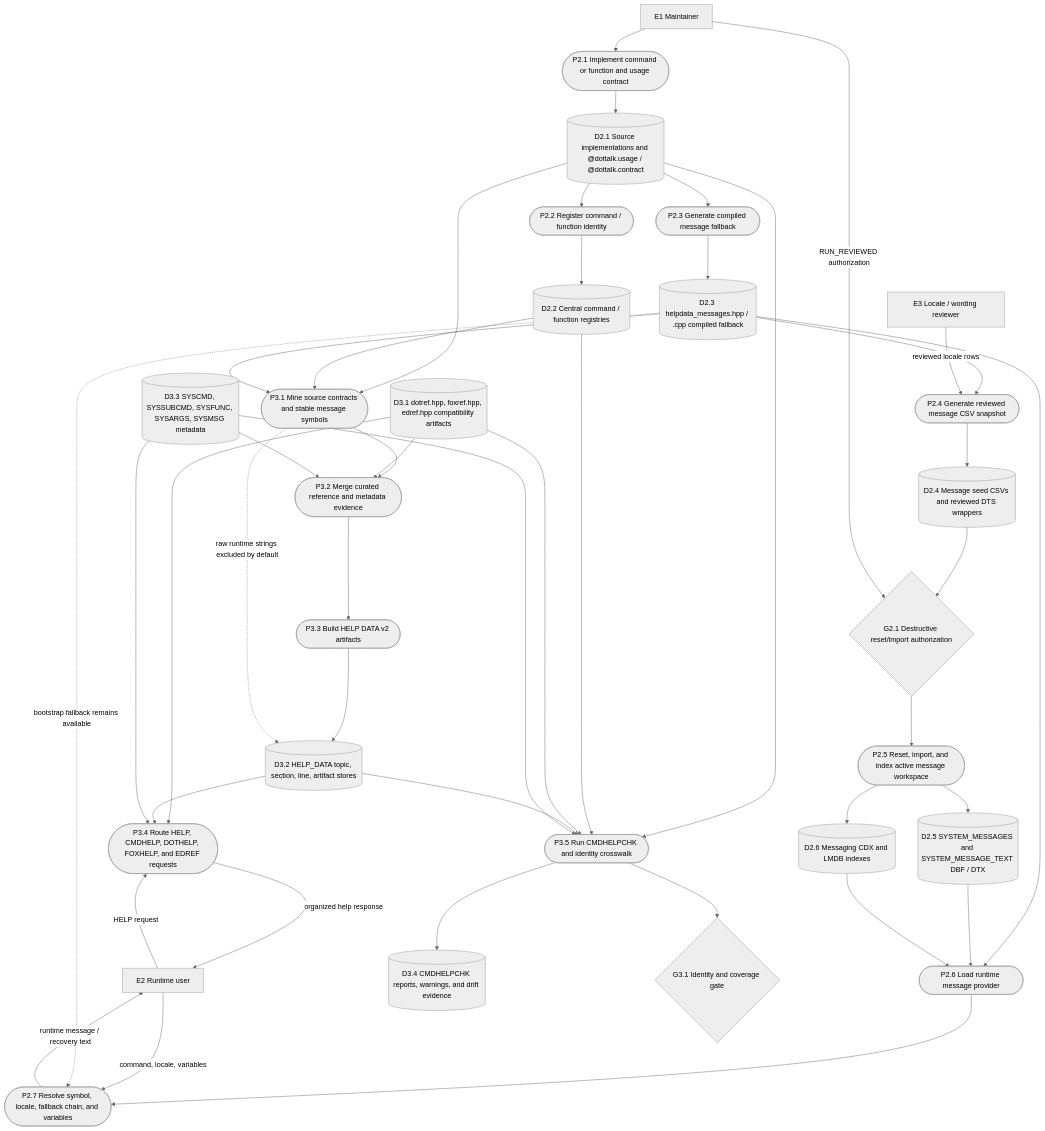
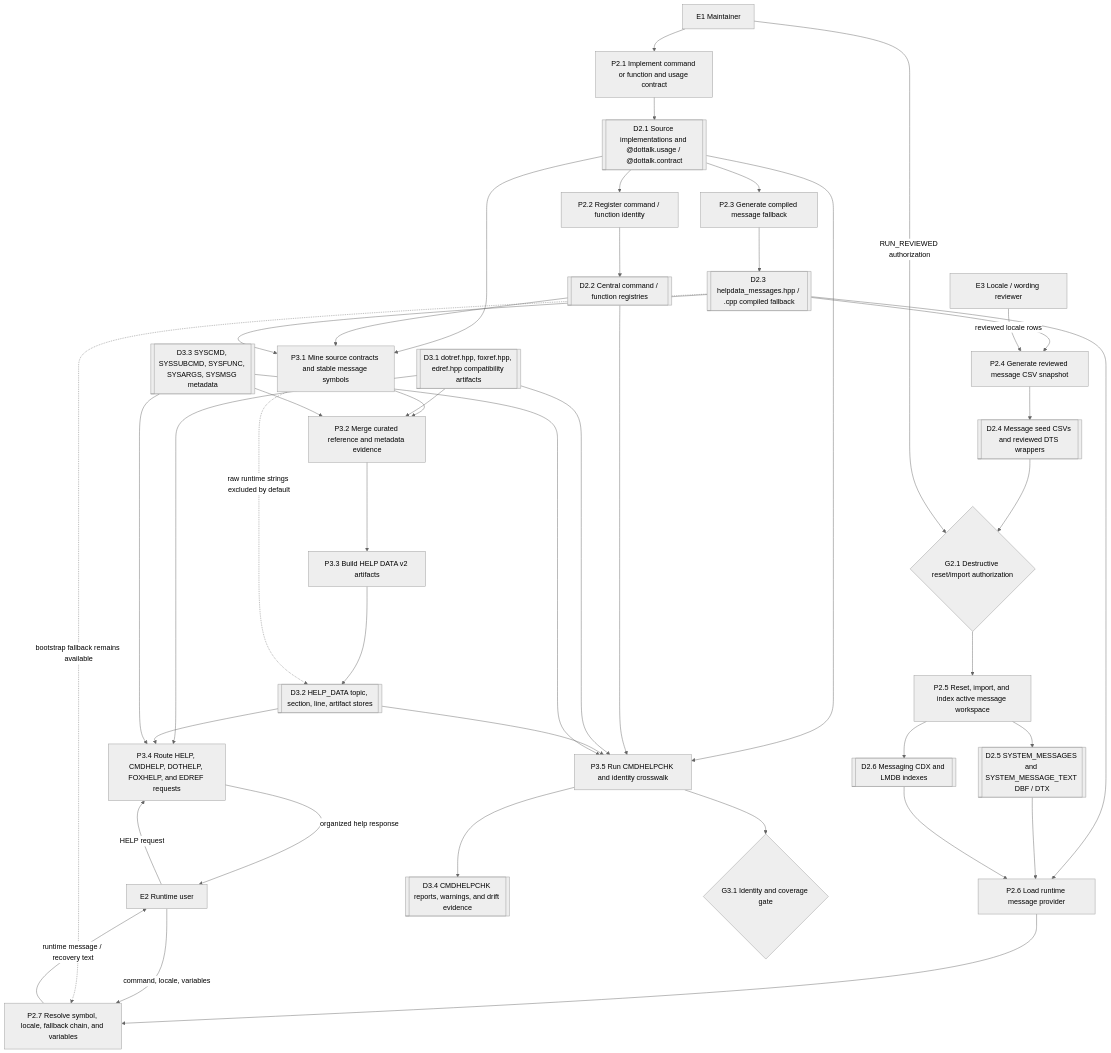
Before and after one commit to deraldg/x64base: the diagram in labtalk/diagrams/help_message_selfdoc_level2_runtime_dfd_v1.mmd, drawn with Mermaid (neutral theme). The commit also changed 14 other files, not shown here.

Commit message:
docs: make diagram publication reproducible

```diff
--- a/labtalk/diagrams/help_message_selfdoc_level2_runtime_dfd_v1.mmd
+++ b/labtalk/diagrams/help_message_selfdoc_level2_runtime_dfd_v1.mmd
@@ -1,78 +1,78 @@
 flowchart TB
   maintainer["E1 Maintainer"]
   runtimeUser["E2 Runtime user"]
   translator["E3 Locale / wording reviewer"]
 
-  p21(["P2.1 Implement command or function and usage contract"])
-  p22(["P2.2 Register command / function identity"])
-  p23(["P2.3 Generate compiled message fallback"])
-  p24(["P2.4 Generate reviewed message CSV snapshot"])
-  p25(["P2.5 Reset, import, and index active message workspace"])
-  p26(["P2.6 Load runtime message provider"])
-  p27(["P2.7 Resolve symbol, locale, fallback chain, and variables"])
-  p31(["P3.1 Mine source contracts and stable message symbols"])
-  p32(["P3.2 Merge curated reference and metadata evidence"])
-  p33(["P3.3 Build HELP DATA v2 artifacts"])
-  p34(["P3.4 Route HELP, CMDHELP, DOTHELP, FOXHELP, and EDREF requests"])
-  p35(["P3.5 Run CMDHELPCHK and identity crosswalk"])
+  p21["P2.1 Implement command or function and usage contract"]
+  p22["P2.2 Register command / function identity"]
+  p23["P2.3 Generate compiled message fallback"]
+  p24["P2.4 Generate reviewed message CSV snapshot"]
+  p25["P2.5 Reset, import, and index active message workspace"]
+  p26["P2.6 Load runtime message provider"]
+  p27["P2.7 Resolve symbol, locale, fallback chain, and variables"]
+  p31["P3.1 Mine source contracts and stable message symbols"]
+  p32["P3.2 Merge curated reference and metadata evidence"]
+  p33["P3.3 Build HELP DATA v2 artifacts"]
+  p34["P3.4 Route HELP, CMDHELP, DOTHELP, FOXHELP, and EDREF requests"]
+  p35["P3.5 Run CMDHELPCHK and identity crosswalk"]
 
-  d21[("D2.1 Source implementations and @dottalk.usage / @dottalk.contract")]
-  d22[("D2.2 Central command / function registries")]
-  d23[("D2.3 helpdata_messages.hpp / .cpp compiled fallback")]
-  d24[("D2.4 Message seed CSVs and reviewed DTS wrappers")]
-  d25[("D2.5 SYSTEM_MESSAGES and SYSTEM_MESSAGE_TEXT DBF / DTX")]
-  d26[("D2.6 Messaging CDX and LMDB indexes")]
-  d31[("D3.1 dotref.hpp, foxref.hpp, edref.hpp compatibility artifacts")]
-  d32[("D3.2 HELP_DATA topic, section, line, artifact stores")]
-  d33[("D3.3 SYSCMD, SYSSUBCMD, SYSFUNC, SYSARGS, SYSMSG metadata")]
-  d34[("D3.4 CMDHELPCHK reports, warnings, and drift evidence")]
+  d21[["D2.1 Source implementations and @dottalk.usage / @dottalk.contract"]]
+  d22[["D2.2 Central command / function registries"]]
+  d23[["D2.3 helpdata_messages.hpp / .cpp compiled fallback"]]
+  d24[["D2.4 Message seed CSVs and reviewed DTS wrappers"]]
+  d25[["D2.5 SYSTEM_MESSAGES and SYSTEM_MESSAGE_TEXT DBF / DTX"]]
+  d26[["D2.6 Messaging CDX and LMDB indexes"]]
+  d31[["D3.1 dotref.hpp, foxref.hpp, edref.hpp compatibility artifacts"]]
+  d32[["D3.2 HELP_DATA topic, section, line, artifact stores"]]
+  d33[["D3.3 SYSCMD, SYSSUBCMD, SYSFUNC, SYSARGS, SYSMSG metadata"]]
+  d34[["D3.4 CMDHELPCHK reports, warnings, and drift evidence"]]
 
   resetGate{"G2.1 Destructive reset/import authorization"}
   validationGate{"G3.1 Identity and coverage gate"}
 
   maintainer --> p21
   p21 --> d21
   d21 --> p22
   p22 --> d22
   d21 --> p23
   p23 --> d23
   d23 --> p24
   translator -->|"reviewed locale rows"| p24
   p24 --> d24
   d24 --> resetGate
   maintainer -->|"RUN_REVIEWED authorization"| resetGate
   resetGate --> p25
   p25 --> d25
   p25 --> d26
 
   d23 --> p26
   d25 --> p26
   d26 --> p26
   p26 --> p27
   runtimeUser -->|"command, locale, variables"| p27
   p27 -->|"runtime message / recovery text"| runtimeUser
 
   d21 --> p31
   d22 --> p31
   d23 --> p31
   p31 --> p32
   d31 --> p32
   d33 --> p32
   p32 --> p33
   p33 --> d32
   runtimeUser -->|"HELP request"| p34
   d31 --> p34
   d32 --> p34
   d33 --> p34
   p34 -->|"organized help response"| runtimeUser
 
   d21 --> p35
   d22 --> p35
   d31 --> p35
   d32 --> p35
   d33 --> p35
   p35 --> d34
   p35 --> validationGate
 
   d23 -. "bootstrap fallback remains available" .-> p27
   p31 -. "raw runtime strings excluded by default" .-> d32
```
